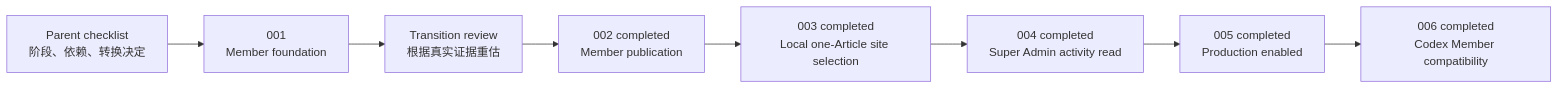
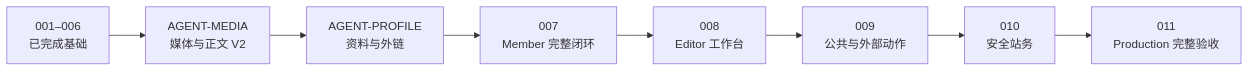
Before and after one commit to lonelyreader/chinaknowledge: the diagram in docs/roadmap/agent-workspace-program.md, drawn with Mermaid. The commit also changed other lines of this file and 1 other file, not shown here.

Commit message:
docs(agent): plan MCP capability completion

````diff
--- a/docs/roadmap/agent-workspace-program.md
+++ b/docs/roadmap/agent-workspace-program.md
@@ -21,10 +73,10 @@
 ```mermaid
 flowchart LR
-    P["Parent checklist<br/>阶段、依赖、转换决定"] --> A1["001<br/>Member foundation"]
-    A1 --> R["Transition review<br/>根据真实证据重估"]
-    R --> A2["002 completed<br/>Member publication"]
-    A2 --> A3["003 completed<br/>Local one-Article site selection"]
-    A3 --> A4["004 completed<br/>Super Admin activity read"]
-    A4 --> A5["005 completed<br/>Production enabled"]
-    A5 --> A6["006 completed<br/>Codex Member compatibility"]
+    B["001–006<br/>已完成基础"] --> M["AGENT-MEDIA<br/>媒体与正文 V2"]
+    M --> P["AGENT-PROFILE<br/>资料与外链"]
+    P --> C["007<br/>Member 完整闭环"]
+    C --> E1["008<br/>Editor 工作台"]
+    E1 --> E2["009<br/>公共与外部动作"]
+    E2 --> A["010<br/>安全站务"]
+    A --> R["011<br/>Production 完整验收"]
 ```
````
